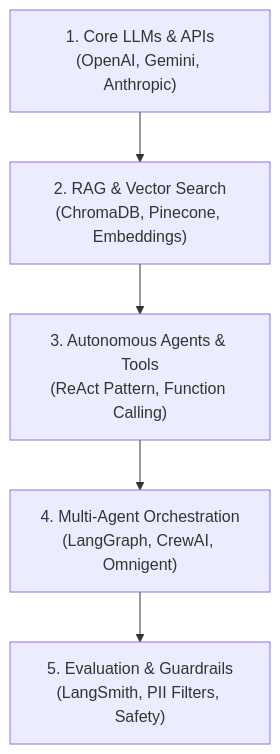
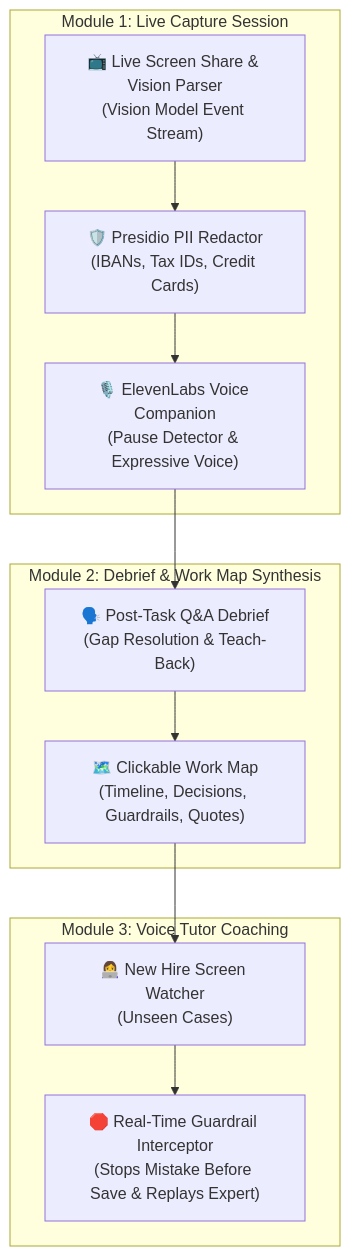
The diagram in README.md (MalikZeeshan1122/The-AI-Apprentice), drawn with Mermaid before and after one commit. The commit also changed other lines of this file and 8 other files, not shown here.

Commit message:
feat: complete end-to-end MVP for The AI Apprentice (ElevenLabs x Hack-Nation)

````diff
--- a/README.md
+++ b/README.md
@@ -22,7 +31,25 @@
 ```mermaid
-graph TD
-    M1["1. Core LLMs & APIs\n(OpenAI, Gemini, Anthropic)"] --> M2["2. RAG & Vector Search\n(ChromaDB, Pinecone, Embeddings)"]
-    M2 --> M3["3. Autonomous Agents & Tools\n(ReAct Pattern, Function Calling)"]
-    M3 --> M4["4. Multi-Agent Orchestration\n(LangGraph, CrewAI, Omnigent)"]
-    M4 --> M5["5. Evaluation & Guardrails\n(LangSmith, PII Filters, Safety)"]
+flowchart TD
+    subgraph Module 1: Live Capture Session
+        SCR["📺 Live Screen Share & Vision Parser\n(Vision Model Event Stream)"]
+        PII["🛡️ Presidio PII Redactor\n(IBANs, Tax IDs, Credit Cards)"]
+        VOICE["🎙️ ElevenLabs Voice Companion\n(Pause Detector & Expressive Voice)"]
+    end
+
+    subgraph Module 2: Debrief & Work Map Synthesis
+        DEBRIEF["🗣️ Post-Task Q&A Debrief\n(Gap Resolution & Teach-Back)"]
+        WM["🗺️ Clickable Work Map\n(Timeline, Decisions, Guardrails, Quotes)"]
+    end
+
+    subgraph Module 3: Voice Tutor Coaching
+        TRAINEE["👩‍💻 New Hire Screen Watcher\n(Unseen Cases)"]
+        INTERCEPT["🛑 Real-Time Guardrail Interceptor\n(Stops Mistake Before Save & Replays Expert)"]
+    end
+
+    SCR --> PII
+    PII --> VOICE
+    VOICE --> DEBRIEF
+    DEBRIEF --> WM
+    WM --> TRAINEE
+    TRAINEE --> INTERCEPT
 ```
````
